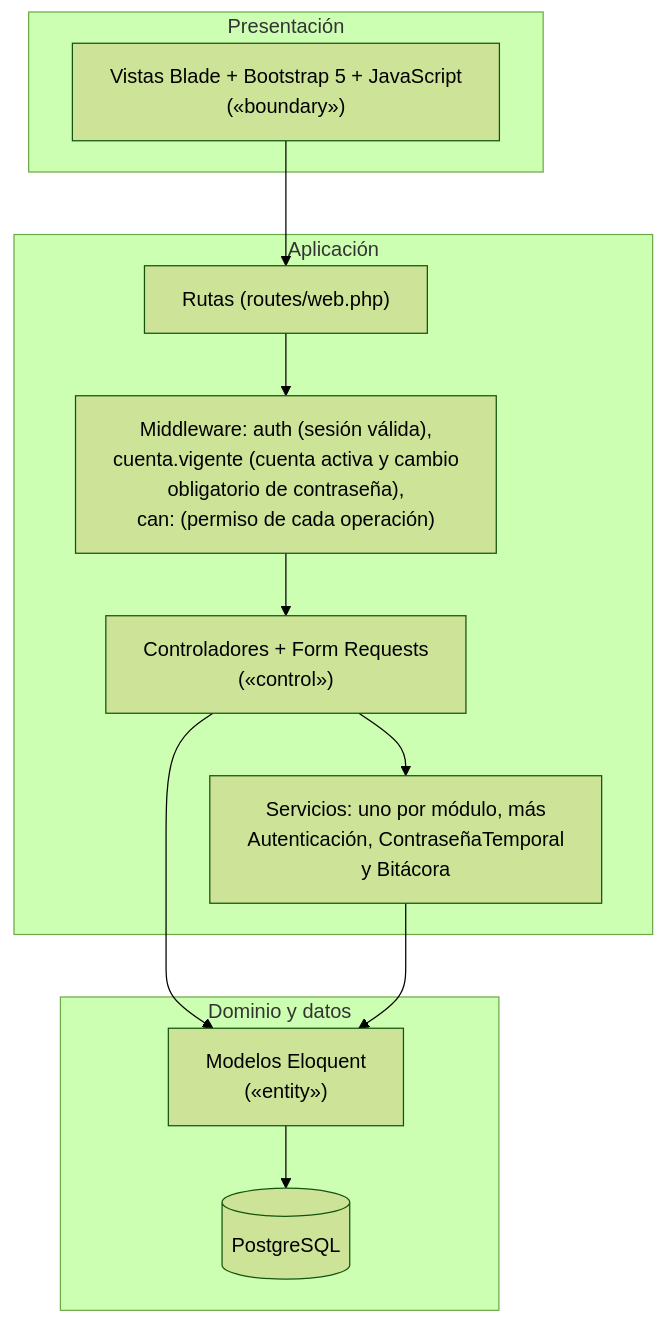
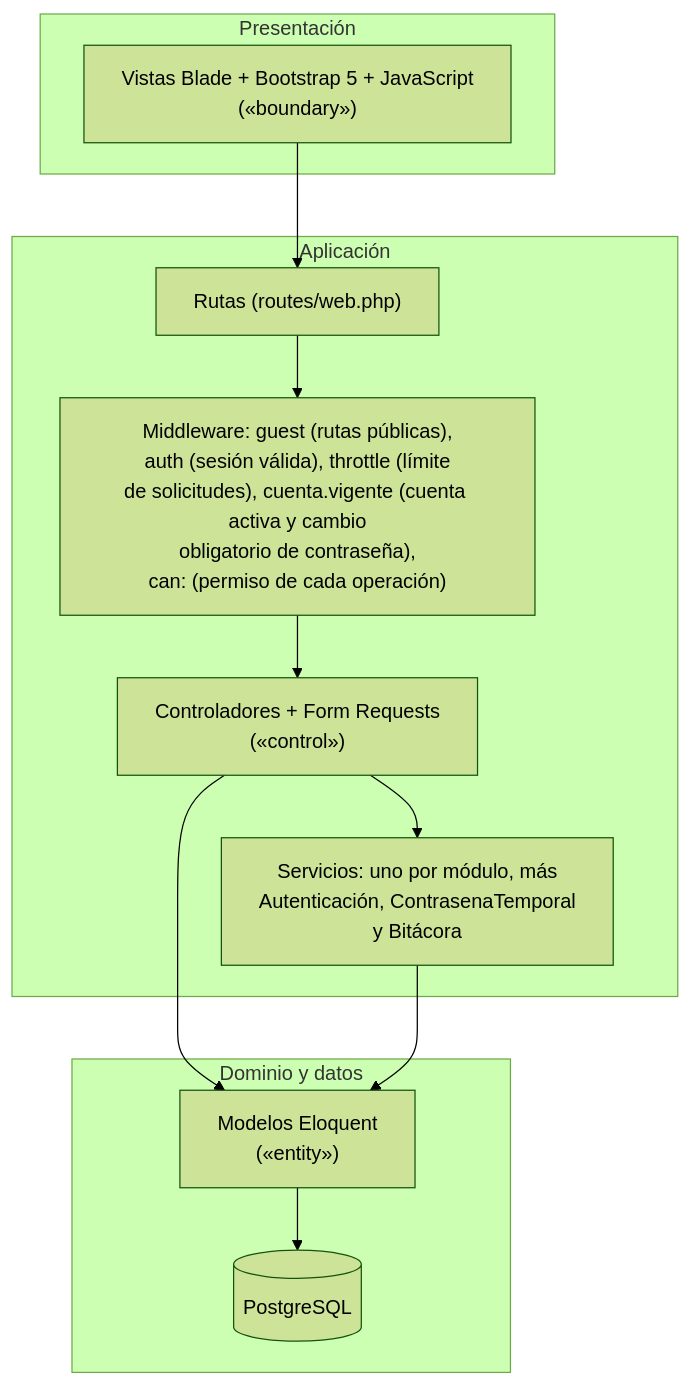
Before and after one commit to Einarpd26/2do-examen-ing-requisitos: diagram 21 of 37 in documento/Informe-Final.md, drawn with Mermaid (forest theme). The commit also changed other lines of this file, not shown here.

````diff
--- a/documento/Informe-Final.md
+++ b/documento/Informe-Final.md
@@ -1532,22 +1534,22 @@
 ```mermaid
 %%{init: {"flowchart": {"wrappingWidth": 320}}}%%
 flowchart TB
     subgraph Presentacion["Presentación"]
         V["Vistas Blade + Bootstrap 5 + JavaScript<br/>(«boundary»)"]
     end
     subgraph Aplicacion["Aplicación"]
         R["Rutas (routes/web.php)"]
-        M["Middleware: auth (sesión válida),<br/>cuenta.vigente (cuenta activa y cambio<br/>obligatorio de contraseña),<br/>can: (permiso de cada operación)"]
+        M["Middleware: guest (rutas públicas),<br/>auth (sesión válida), throttle (límite<br/>de solicitudes), cuenta.vigente (cuenta activa y cambio<br/>obligatorio de contraseña),<br/>can: (permiso de cada operación)"]
         C["Controladores + Form Requests<br/>(«control»)"]
-        S["Servicios: uno por módulo, más<br/>Autenticación, ContraseñaTemporal<br/>y Bitácora"]
+        S["Servicios: uno por módulo, más<br/>Autenticación, ContrasenaTemporal<br/>y Bitácora"]
     end
     subgraph Dominio["Dominio y datos"]
         E["Modelos Eloquent<br/>(«entity»)"]
         D[("PostgreSQL")]
     end
 
     V --> R --> M --> C --> S
     C --> E
     S --> E
     E --> D
 ```
````
